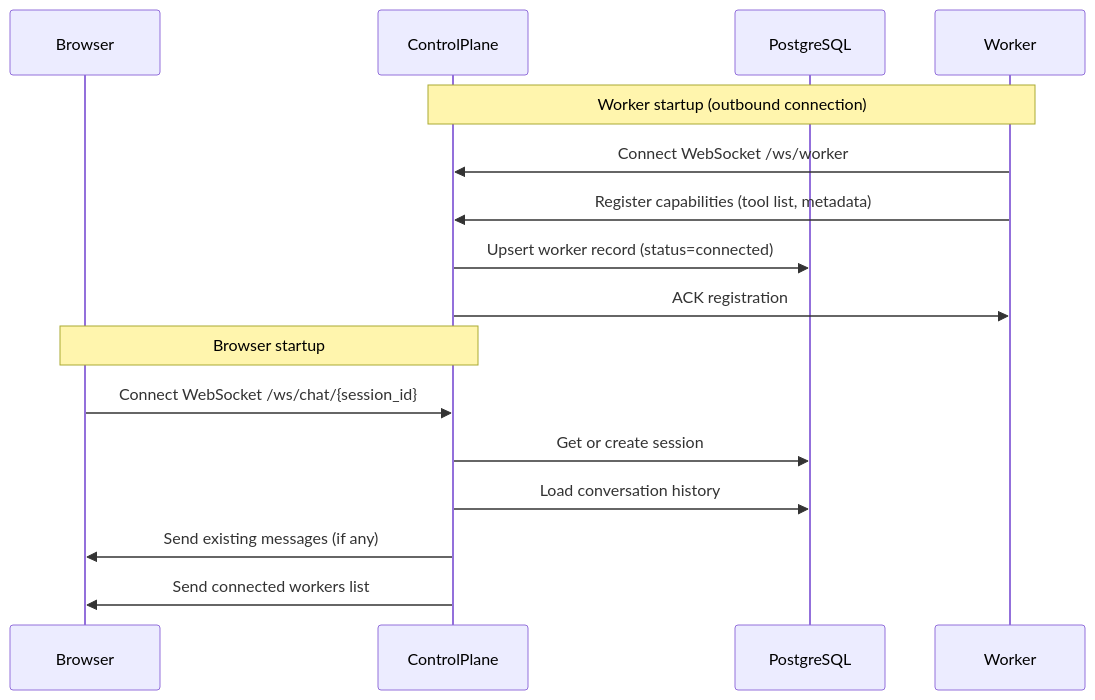
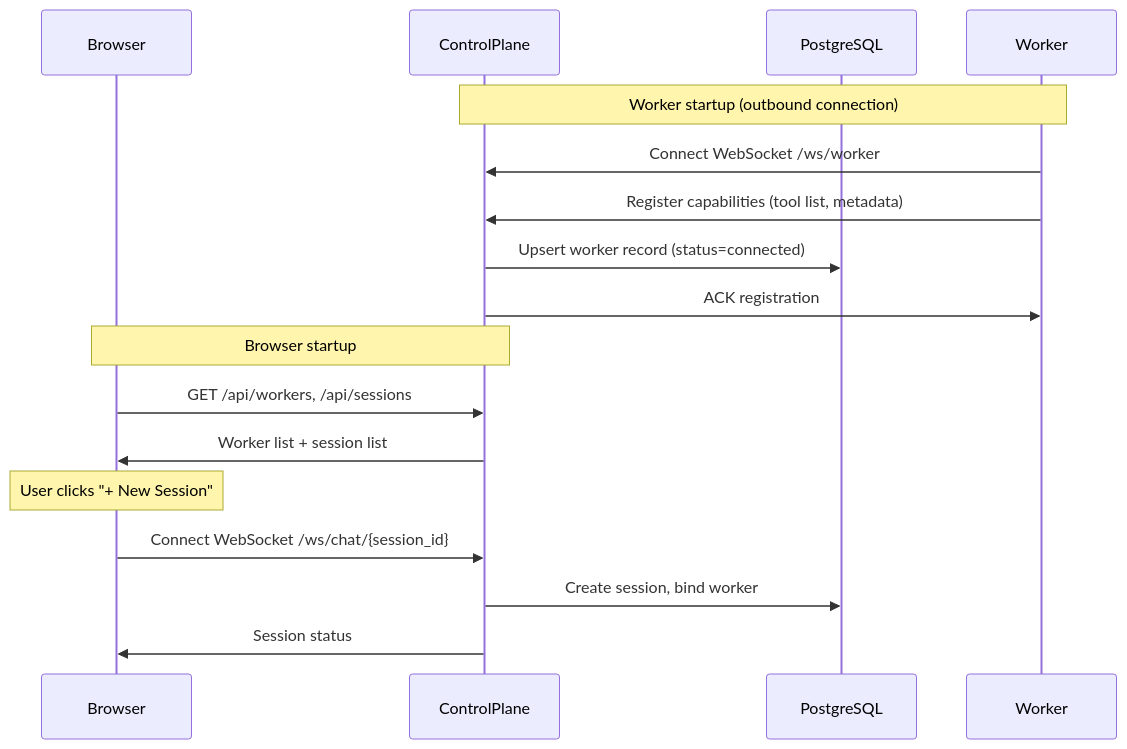
Before and after one commit to AntoinePr/onsite-cursor-d-v3: the second of 4 diagrams in PRESENTATION.md, drawn with Mermaid. The commit also changed other lines of this file and 6 other files, not shown here.

````diff
--- a/PRESENTATION.md
+++ b/PRESENTATION.md
@@ -53,20 +53,21 @@
 ```mermaid
 sequenceDiagram
   participant B as Browser
   participant CP as ControlPlane
   participant DB as PostgreSQL
   participant W as Worker
 
   Note over W,CP: Worker startup (outbound connection)
   W->>CP: Connect WebSocket /ws/worker
   W->>CP: Register capabilities (tool list, metadata)
   CP->>DB: Upsert worker record (status=connected)
   CP->>W: ACK registration
 
   Note over B,CP: Browser startup
+  B->>CP: GET /api/workers, /api/sessions
+  CP->>B: Worker list + session list
+  Note over B: User clicks "+ New Session"
   B->>CP: Connect WebSocket /ws/chat/{session_id}
-  CP->>DB: Get or create session
-  CP->>DB: Load conversation history
-  CP->>B: Send existing messages (if any)
-  CP->>B: Send connected workers list
+  CP->>DB: Create session, bind worker
+  CP->>B: Session status
 ```
````
